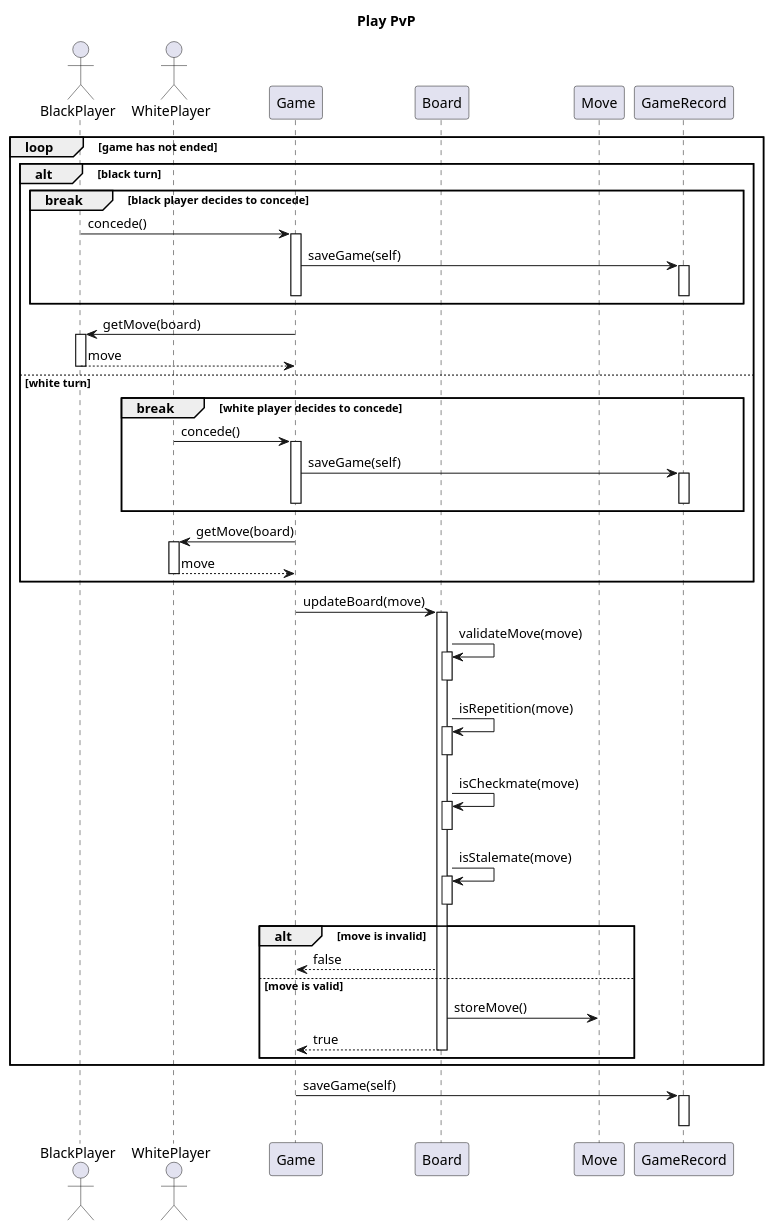
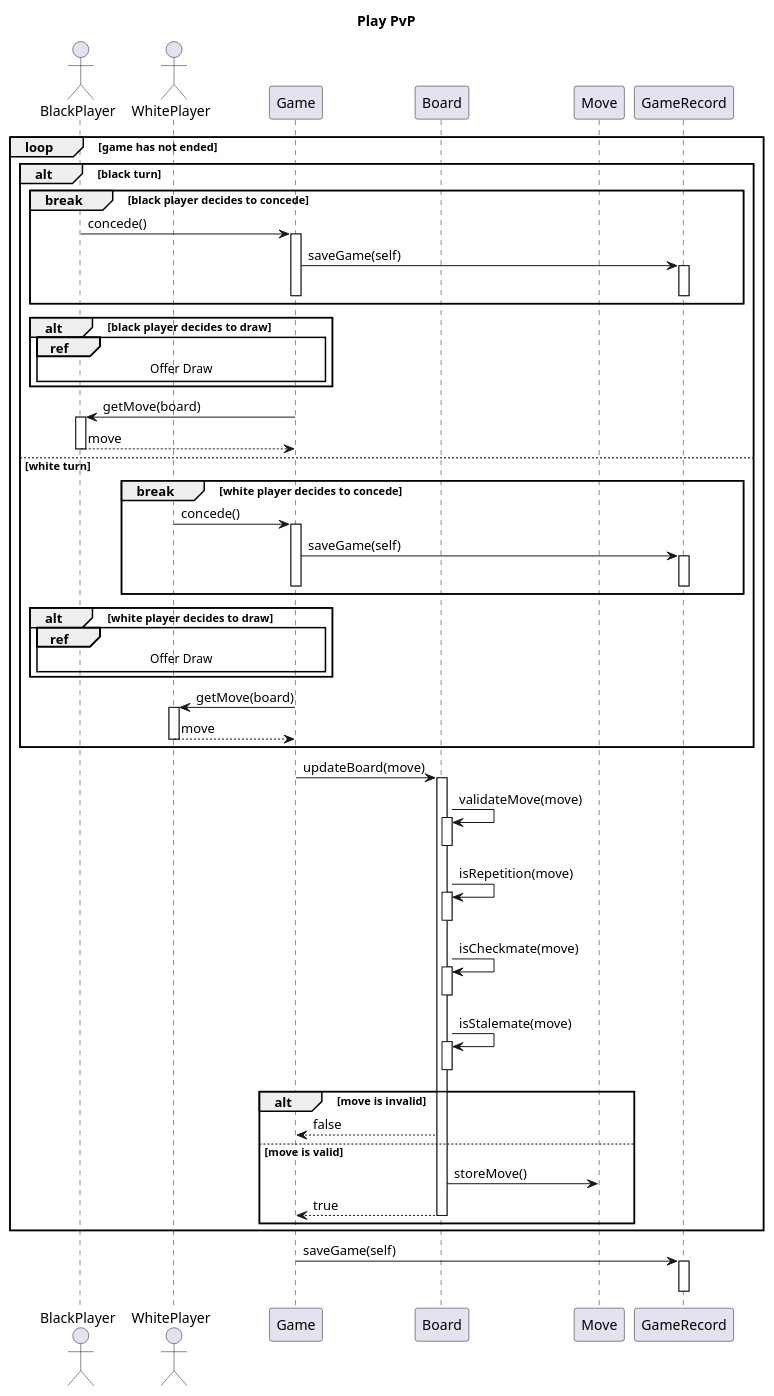
One commit to ECE493-W22-G04/rl-chess changed the diagram in docs/preliminary_design_diagrams/sequence_diagrams/play_pvp.puml. Above: the diagram before and after it, drawn with PlantUML.

Commit message:
Add draw to pvp

```diff
--- a/docs/preliminary_design_diagrams/sequence_diagrams/play_pvp.puml
+++ b/docs/preliminary_design_diagrams/sequence_diagrams/play_pvp.puml
@@ -1,70 +1,79 @@
 @startuml
 
 title Play PvP
 
 actor BlackPlayer
 actor WhitePlayer
 participant Game
 participant Board
 participant Move
 participant GameRecord
 
 loop game has not ended
     alt black turn
         break black player decides to concede
             BlackPlayer -> Game : concede()
             activate Game
             Game -> GameRecord : saveGame(self)
             activate GameRecord
             deactivate GameRecord
             deactivate Game
         end
 
+        alt black player decides to draw
+        ref over BlackPlayer, WhitePlayer, Game : Offer Draw
+        end
+
         Game -> BlackPlayer : getMove(board)
         activate BlackPlayer
         BlackPlayer --> Game : move
         deactivate BlackPlayer
     else white turn
 
         break white player decides to concede
             WhitePlayer -> Game : concede()
             activate Game
             Game -> GameRecord : saveGame(self)
             activate GameRecord
             deactivate GameRecord
             deactivate Game
         end
+
+        alt white player decides to draw
+        ref over BlackPlayer, WhitePlayer, Game : Offer Draw
+        end
+
 
         Game -> WhitePlayer : getMove(board)
         activate WhitePlayer
         WhitePlayer --> Game : move
         deactivate WhitePlayer
     end
     autoactivate off
     Game -> Board: updateBoard(move)
         activate Board
             Board -> Board: validateMove(move)
                 activate Board
                 deactivate Board
             Board -> Board: isRepetition(move)
                 activate Board
                 deactivate Board
             Board -> Board: isCheckmate(move)
                 activate Board
                 deactivate Board
             Board -> Board: isStalemate(move)
                 activate Board
                 deactivate Board
             alt move is invalid
                 Board --> Game : false
             else move is valid
                 Board -> Move : storeMove()
                 Board --> Game : true
                 deactivate Board
             end
 end
 
 Game -> GameRecord : saveGame(self)
 activate GameRecord
 deactivate GameRecord
 @enduml
```
